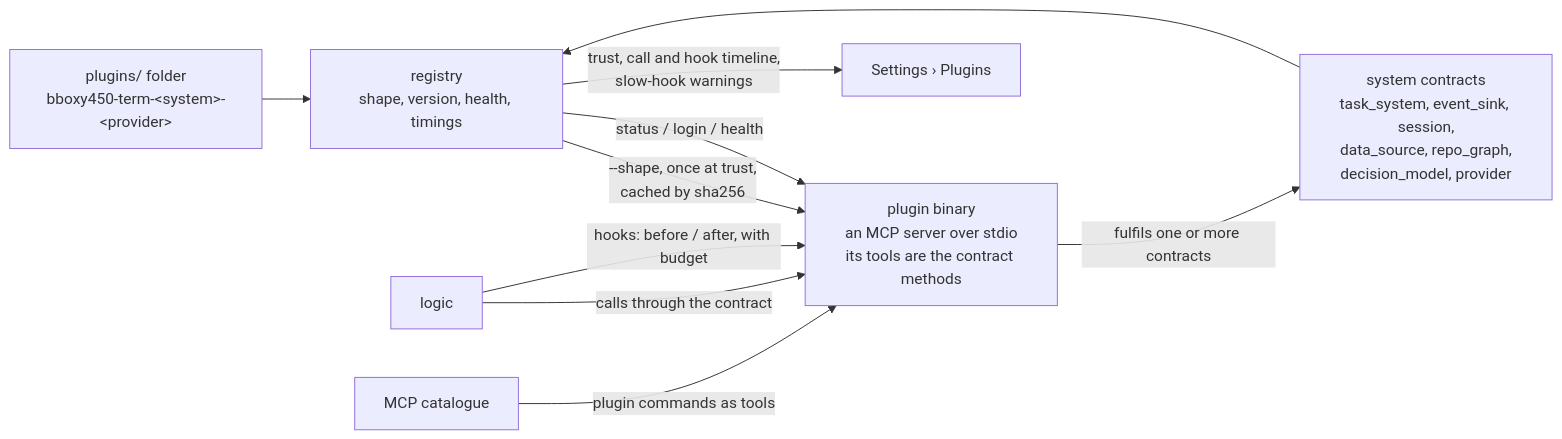
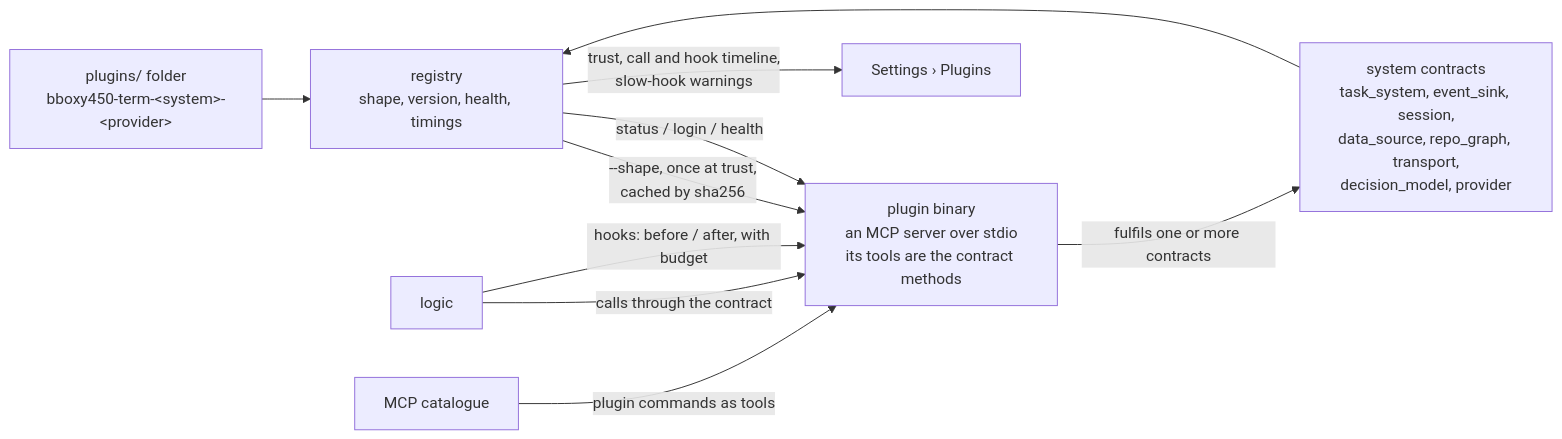
The diagram in .bboxy/specs/plugins.md (bboxy450/bboxy450-term), drawn with Mermaid before and after one commit. The commit also changed other lines of this file and 11 other files, not shown here.

````diff
--- a/.bboxy/specs/plugins.md
+++ b/.bboxy/specs/plugins.md
@@ -37,12 +37,12 @@
 ```mermaid
 flowchart LR
   F["plugins/ folder<br/>bboxy450-term-&lt;system&gt;-&lt;provider&gt;"] --> R["registry<br/>shape, version, health, timings"]
   R -- "--shape, once at trust,<br/>cached by sha256" --> P["plugin binary<br/>an MCP server over stdio<br/>its tools are the contract methods"]
   R -- "status / login / health" --> P
-  C["system contracts<br/>task_system, event_sink, session,<br/>data_source, repo_graph,<br/>decision_model, provider"] --> R
+  C["system contracts<br/>task_system, event_sink, session,<br/>data_source, repo_graph, transport,<br/>decision_model, provider"] --> R
   P -- "fulfils one or more contracts" --> C
   L["logic"] -- "calls through the contract" --> P
   L -- "hooks: before / after, with budget" --> P
   M["MCP catalogue"] -- "plugin commands as tools" --> P
   R -- "trust, call and hook timeline,<br/>slow-hook warnings" --> UI["Settings › Plugins"]
 ```
````
